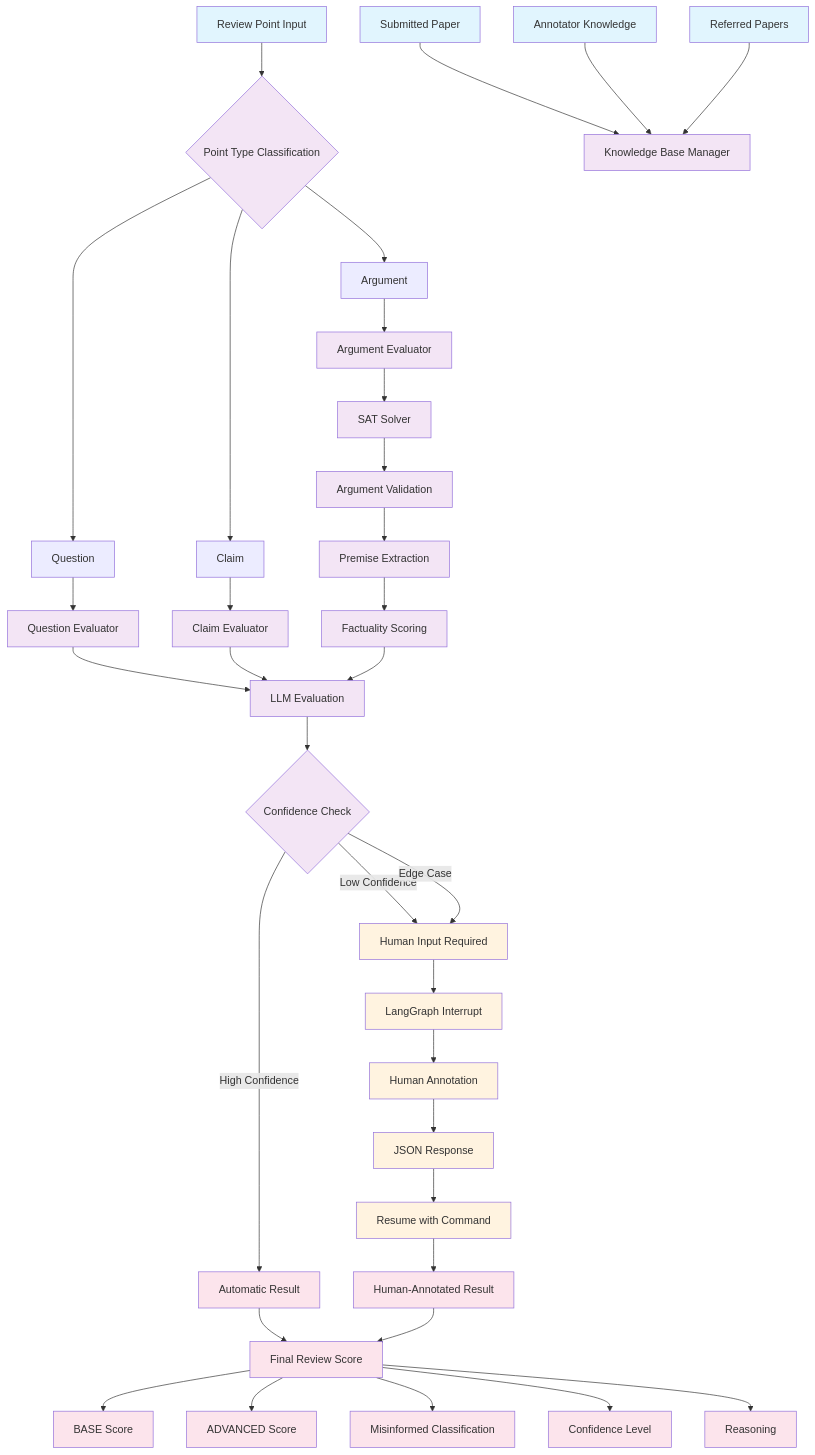
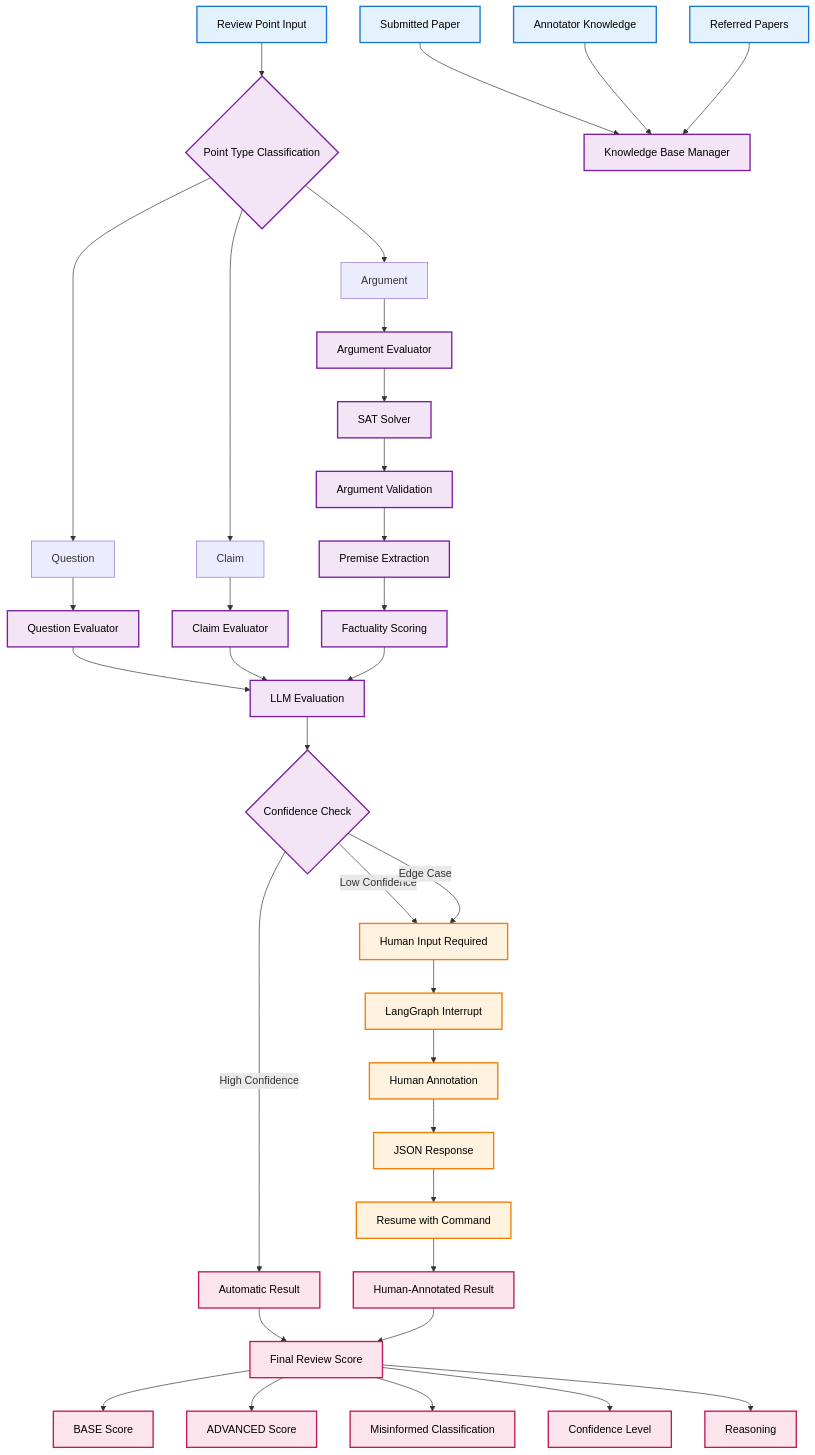
The first of 3 diagrams in README.md (ashhadahsan/review-score), drawn with Mermaid before and after one commit. The commit also changed other lines of this file and 4 other files, not shown here.

````diff
--- a/README.md
+++ b/README.md
@@ -27,65 +27,65 @@
 ```mermaid
 graph TB
     %% Input Layer
     A[Review Point Input] --> B{Point Type Classification}
     B --> C[Question]
     B --> D[Claim]
     B --> E[Argument]
 
     %% Knowledge Base Layer
     F[Submitted Paper] --> G[Knowledge Base Manager]
     H[Annotator Knowledge] --> G
     I[Referred Papers] --> G
 
     %% Evaluation Layer
     C --> J[Question Evaluator]
     D --> K[Claim Evaluator]
     E --> L[Argument Evaluator]
 
     %% SAT Solver Integration
     L --> M[SAT Solver]
     M --> N[Argument Validation]
     N --> O[Premise Extraction]
     O --> P[Factuality Scoring]
 
     %% LLM Evaluation
     J --> Q[LLM Evaluation]
     K --> Q
     P --> Q
 
     %% Human-in-the-Loop Decision
     Q --> R{Confidence Check}
     R -->|High Confidence| S[Automatic Result]
     R -->|Low Confidence| T[Human Input Required]
     R -->|Edge Case| T
 
     %% Human-in-the-Loop Process
     T --> U[LangGraph Interrupt]
     U --> V[Human Annotation]
     V --> W[JSON Response]
     W --> X[Resume with Command]
     X --> Y[Human-Annotated Result]
 
     %% Result Aggregation
     S --> Z[Final Review Score]
     Y --> Z
 
     %% Output Layer
     Z --> AA[BASE Score]
     Z --> BB[ADVANCED Score]
     Z --> CC[Misinformed Classification]
     Z --> DD[Confidence Level]
     Z --> EE[Reasoning]
 
     %% Styling
-    classDef inputNode fill:#e1f5fe
-    classDef processNode fill:#f3e5f5
-    classDef decisionNode fill:#fff3e0
-    classDef humanNode fill:#e8f5e8
-    classDef outputNode fill:#fce4ec
+    classDef inputNode fill:#e3f2fd,stroke:#1976d2,stroke-width:2px,color:#000
+    classDef processNode fill:#f3e5f5,stroke:#7b1fa2,stroke-width:2px,color:#000
+    classDef decisionNode fill:#fff3e0,stroke:#f57c00,stroke-width:2px,color:#000
+    classDef humanNode fill:#e8f5e8,stroke:#388e3c,stroke-width:2px,color:#000
+    classDef outputNode fill:#fce4ec,stroke:#c2185b,stroke-width:2px,color:#000
 
     class A,F,H,I inputNode
     class B,G,J,K,L,M,N,O,P,Q,R processNode
     class T,U,V,W,X decisionNode
     class S,Y,Z,AA,BB,CC,DD,EE outputNode
 ```
````
